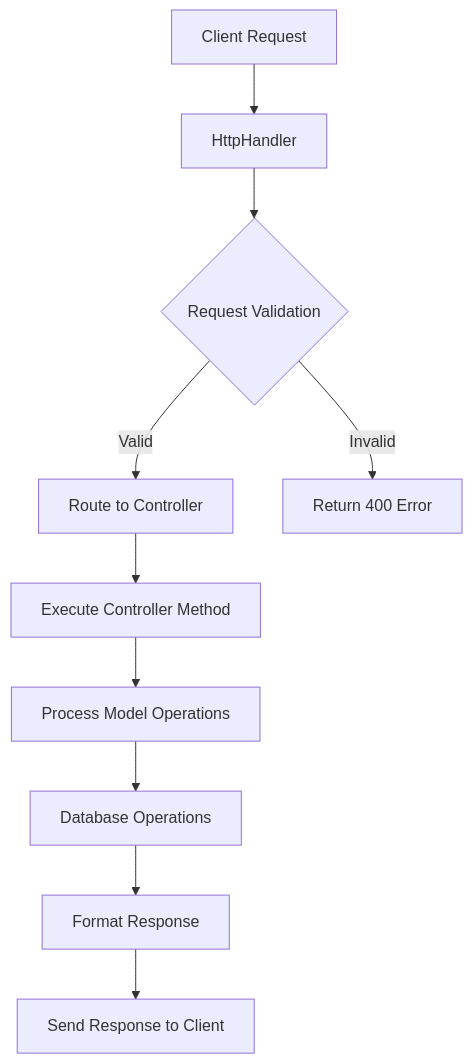
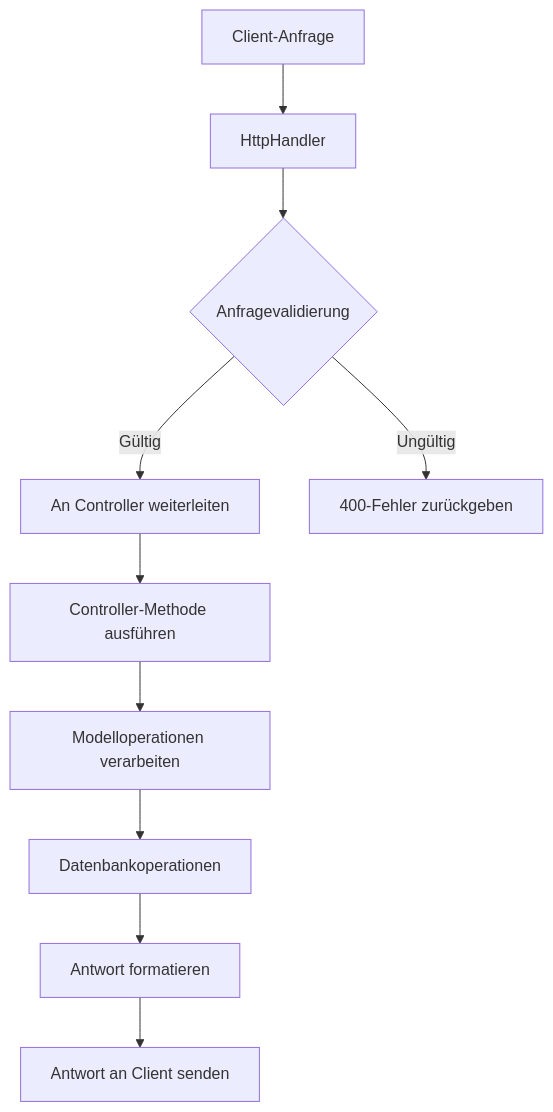
One commit to secure73/MicrosPy changed the first of 4 diagrams in DOCUMENTATION.de.md. Above: the diagram before and after it, drawn with Mermaid. The commit also changed other lines of this file, not shown here.

````diff
--- a/DOCUMENTATION.de.md
+++ b/DOCUMENTATION.de.md
@@ -508,12 +507,12 @@
 ```mermaid
 graph TD
-    A[Client Request] --> B[HttpHandler]
-    B --> C{Request Validation}
-    C -->|Valid| D[Route to Controller]
-    C -->|Invalid| E[Return 400 Error]
-    D --> F[Execute Controller Method]
-    F --> G[Process Model Operations]
-    G --> H[Database Operations]
-    H --> I[Format Response]
-    I --> J[Send Response to Client]
+    A[Client-Anfrage] --> B[HttpHandler]
+    B --> C{Anfragevalidierung}
+    C -->|Gültig| D[An Controller weiterleiten]
+    C -->|Ungültig| E[400-Fehler zurückgeben]
+    D --> F[Controller-Methode ausführen]
+    F --> G[Modelloperationen verarbeiten]
+    G --> H[Datenbankoperationen]
+    H --> I[Antwort formatieren]
+    I --> J[Antwort an Client senden]
 ```
````
